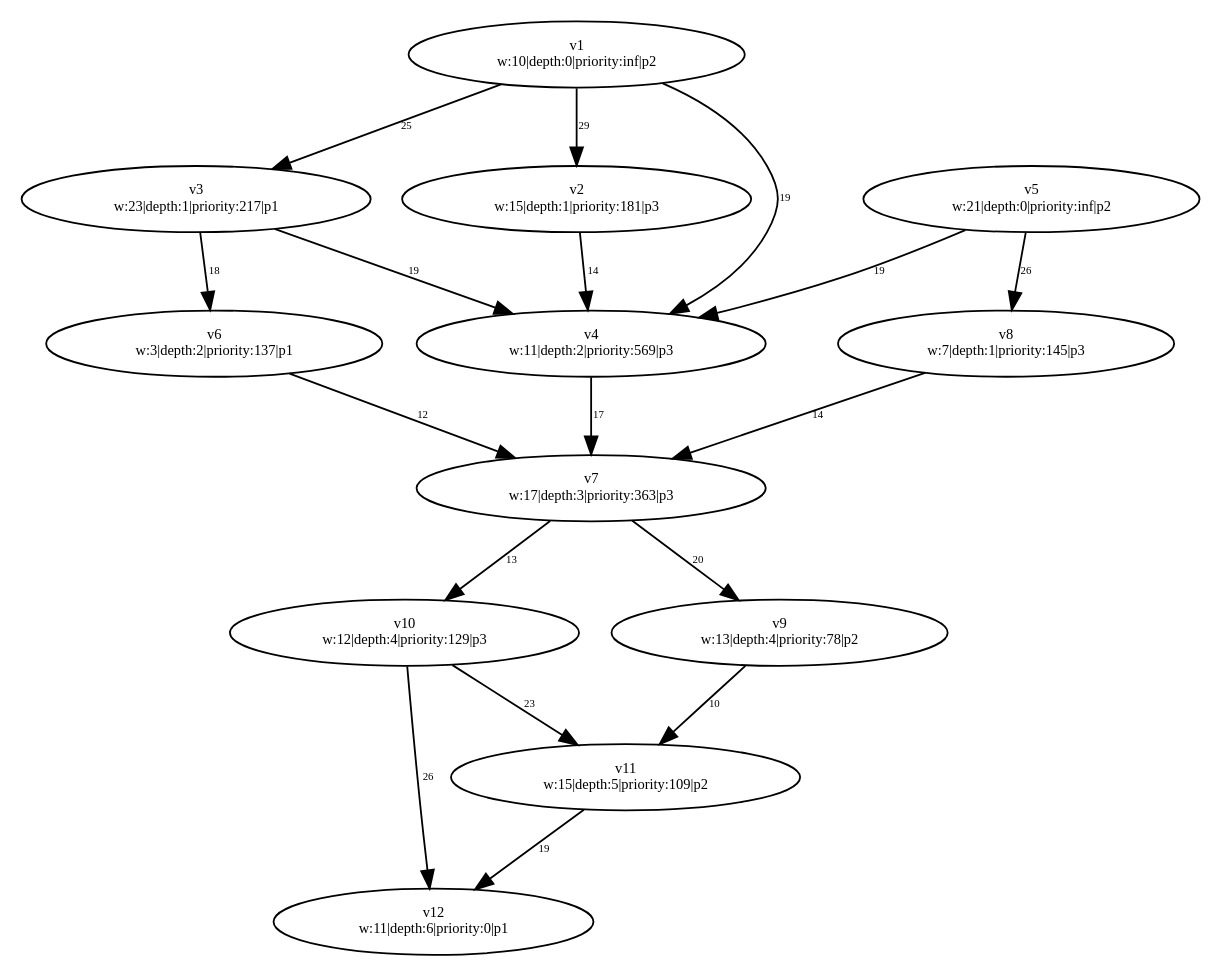
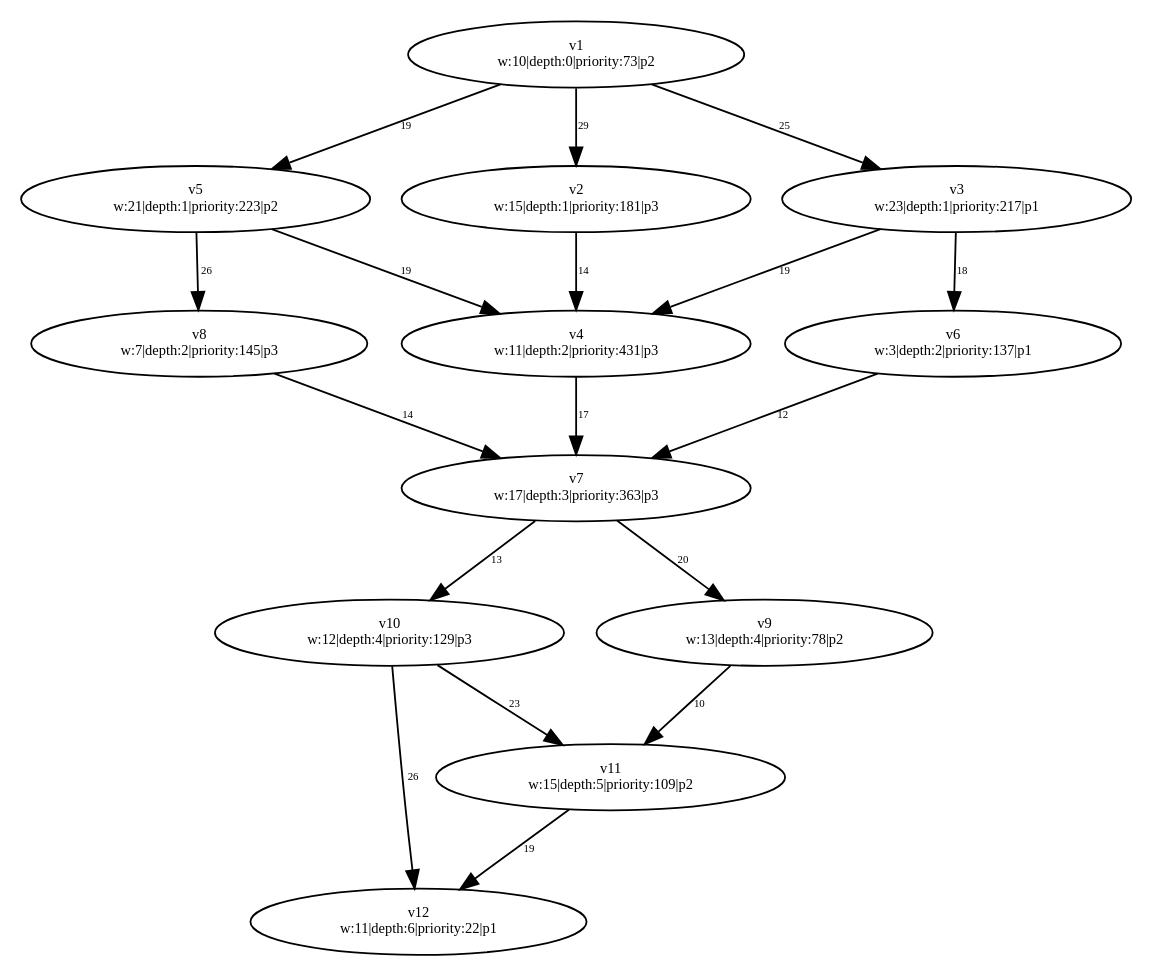
One commit to dexters1/Task-Scheduling-Based-on-Genetic-Algorithms changed the diagram in PythonApplication1/PythonApplication1/test-output/slika_6.gv. Above: the diagram before and after it, drawn with Graphviz. The commit also changed 54 other files, not shown here.

```diff
--- a/PythonApplication1/PythonApplication1/test-output/slika_6.gv
+++ b/PythonApplication1/PythonApplication1/test-output/slika_6.gv
@@ -1,43 +1,43 @@
 digraph {
 	v1 [label="v1
-w:10|depth:0|priority:inf|p2" fontsize=8.0]
+w:10|depth:0|priority:73|p2" fontsize=8.0]
 	v5 [label="v5
-w:21|depth:0|priority:inf|p2" fontsize=8.0]
+w:21|depth:1|priority:223|p2" fontsize=8.0]
 	v3 [label="v3
 w:23|depth:1|priority:217|p1" fontsize=8.0]
 	v2 [label="v2
 w:15|depth:1|priority:181|p3" fontsize=8.0]
+	v4 [label="v4
+w:11|depth:2|priority:431|p3" fontsize=8.0]
 	v8 [label="v8
-w:7|depth:1|priority:145|p3" fontsize=8.0]
-	v4 [label="v4
-w:11|depth:2|priority:569|p3" fontsize=8.0]
+w:7|depth:2|priority:145|p3" fontsize=8.0]
 	v6 [label="v6
 w:3|depth:2|priority:137|p1" fontsize=8.0]
 	v7 [label="v7
 w:17|depth:3|priority:363|p3" fontsize=8.0]
 	v10 [label="v10
 w:12|depth:4|priority:129|p3" fontsize=8.0]
 	v9 [label="v9
 w:13|depth:4|priority:78|p2" fontsize=8.0]
 	v11 [label="v11
 w:15|depth:5|priority:109|p2" fontsize=8.0]
 	v12 [label="v12
-w:11|depth:6|priority:0|p1" fontsize=8.0]
+w:11|depth:6|priority:22|p1" fontsize=8.0]
 	v1 -> v2 [label=29 constraint=true fontsize=6.0]
 	v1 -> v3 [label=25 constraint=true fontsize=6.0]
-	v1 -> v4 [label=19 constraint=true fontsize=6.0]
+	v1 -> v5 [label=19 constraint=true fontsize=6.0]
 	v2 -> v4 [label=14 constraint=true fontsize=6.0]
 	v3 -> v4 [label=19 constraint=true fontsize=6.0]
 	v5 -> v4 [label=19 constraint=true fontsize=6.0]
 	v3 -> v6 [label=18 constraint=true fontsize=6.0]
 	v5 -> v8 [label=26 constraint=true fontsize=6.0]
 	v6 -> v7 [label=12 constraint=true fontsize=6.0]
 	v8 -> v7 [label=14 constraint=true fontsize=6.0]
 	v4 -> v7 [label=17 constraint=true fontsize=6.0]
 	v7 -> v9 [label=20 constraint=true fontsize=6.0]
 	v7 -> v10 [label=13 constraint=true fontsize=6.0]
 	v9 -> v11 [label=10 constraint=true fontsize=6.0]
 	v10 -> v11 [label=23 constraint=true fontsize=6.0]
 	v10 -> v12 [label=26 constraint=true fontsize=6.0]
 	v11 -> v12 [label=19 constraint=true fontsize=6.0]
 }
```
